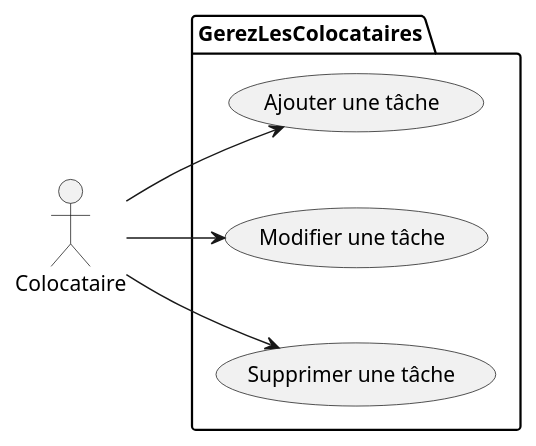
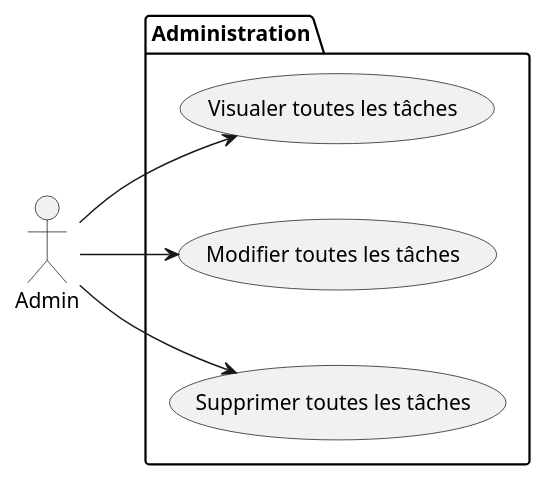
One commit to MihutaMihail/CodeIgniter4 changed the third of 3 diagrams in README.md. Above: the diagram before and after it, drawn with PlantUML. The commit also changed other lines of this file, not shown here.

````diff
--- a/README.md
+++ b/README.md
@@ -74,16 +131,17 @@
 ```plantuml
-@startuml model1
+@startuml model3
 scale 1
 skinparam nodesep 50
 left to right direction
-actor Colocataire as c
-package GerezLesColocataires{
-    usecase "Ajouter une tâche" as UC1
-    usecase "Modifier une tâche" as UC2
-    usecase "Supprimer une tâche" as UC3
+actor Admin as a
+
+package Administration{
+    usecase "Visualer toutes les tâches" as UC1
+    usecase "Modifier toutes les tâches" as UC2
+    usecase "Supprimer toutes les tâches" as UC3
 }
-c --> UC1
-c --> UC2
-c --> UC3
+a --> UC1
+a --> UC2
+a --> UC3
 @enduml
 ```
````
